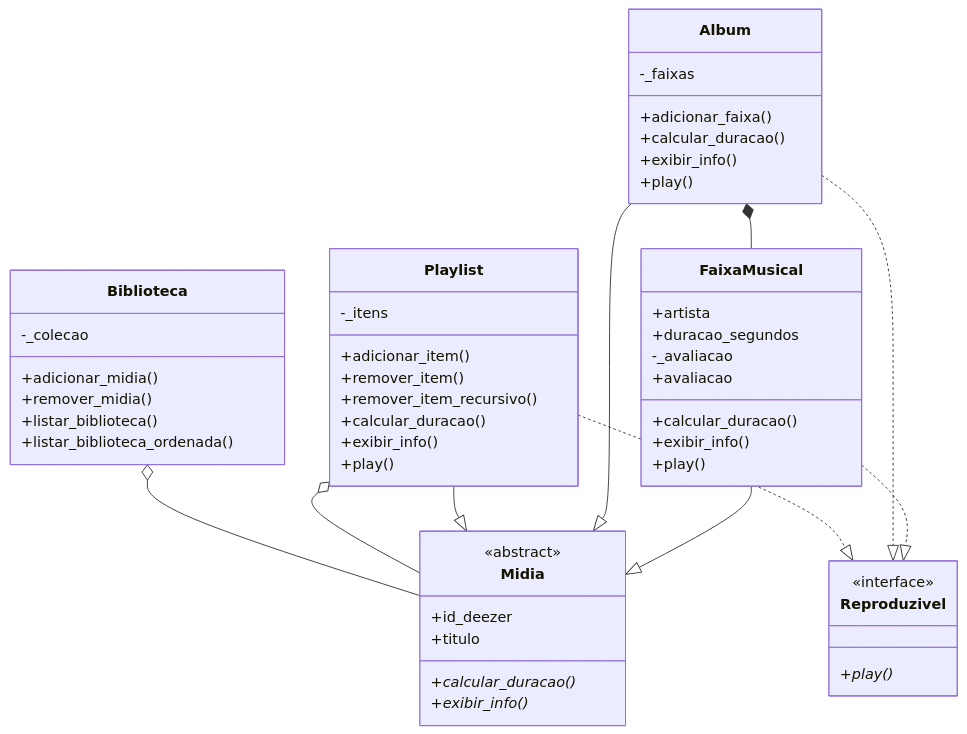
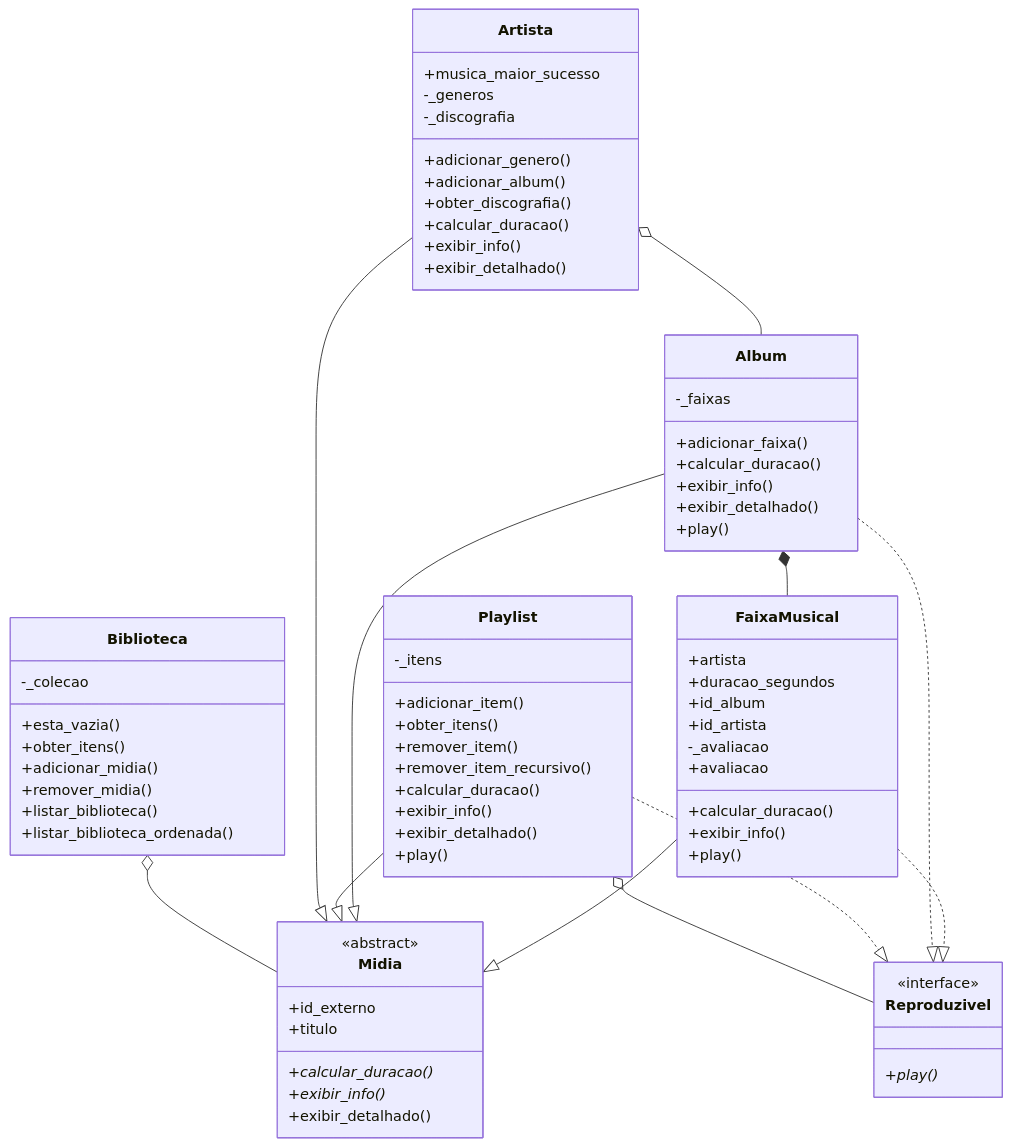
One commit to Lucas-GBueno/Projeto-Software-2026.2 changed the diagram in README.md. Above: the diagram before and after it, drawn with Mermaid. The commit also changed other lines of this file, not shown here.

Commit message:
Refactor README with updated project details
Updated project structure and OOP concepts in README.

````diff
--- a/README.md
+++ b/README.md
@@ -27,57 +27,78 @@
 ```mermaid
 classDiagram
     class Midia {
         <<abstract>>
-        +id_deezer
+        +id_externo
         +titulo
         +calcular_duracao()*
         +exibir_info()*
+        +exibir_detalhado()
     }
     class Reproduzivel {
         <<interface>>
         +play()*
     }
     class FaixaMusical {
         +artista
         +duracao_segundos
+        +id_album
+        +id_artista
         -_avaliacao
         +avaliacao
         +calcular_duracao()
         +exibir_info()
         +play()
     }
     class Album {
         -_faixas
         +adicionar_faixa()
         +calcular_duracao()
         +exibir_info()
+        +exibir_detalhado()
         +play()
     }
     class Playlist {
         -_itens
         +adicionar_item()
+        +obter_itens()
         +remover_item()
         +remover_item_recursivo()
         +calcular_duracao()
         +exibir_info()
+        +exibir_detalhado()
         +play()
+    }
+    class Artista {
+        +musica_maior_sucesso
+        -_generos
+        -_discografia
+        +adicionar_genero()
+        +adicionar_album()
+        +obter_discografia()
+        +calcular_duracao()
+        +exibir_info()
+        +exibir_detalhado()
     }
     class Biblioteca {
         -_colecao
+        +esta_vazia()
+        +obter_itens()
         +adicionar_midia()
         +remover_midia()
         +listar_biblioteca()
         +listar_biblioteca_ordenada()
     }
 
     FaixaMusical --|> Midia
     Album --|> Midia
     Playlist --|> Midia
+    Artista --|> Midia
     FaixaMusical ..|> Reproduzivel
     Album ..|> Reproduzivel
     Playlist ..|> Reproduzivel
 
     Album *-- FaixaMusical
-    Playlist o-- Midia
+    Playlist o-- Reproduzivel
+    Artista o-- Album
     Biblioteca o-- Midia
 ```
````
